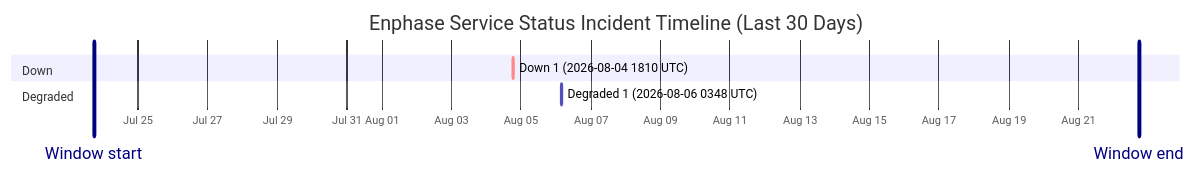
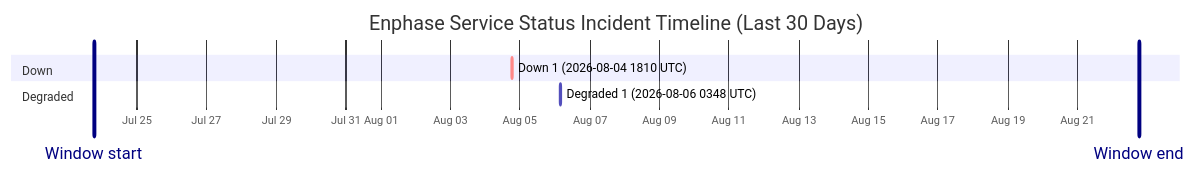
The diagram in wiki/Service-Status-History.md (barneyonline/ha-enphase-energy), drawn with Mermaid before and after one commit. The commit also changed other lines of this file and 3 other files, not shown here.

````diff
--- a/wiki/Service-Status-History.md
+++ b/wiki/Service-Status-History.md
@@ -14,12 +14,12 @@
 ```mermaid
 gantt
     title Enphase Service Status Incident Timeline (Last 30 Days)
     dateFormat  YYYY-MM-DDTHH:mm:ss
     axisFormat  %b %d
-    Window start :vert, window-start, 2026-07-23T17:45:10, 0ms
-    Window end :vert, window-end, 2026-08-22T17:45:10, 0ms
+    Window start :vert, window-start, 2026-07-23T18:27:27, 0ms
+    Window end :vert, window-end, 2026-08-22T18:27:27, 0ms
     section Down
     Down 1 (2026-08-04 1810 UTC) :crit, down-1, 2026-08-04T18:10:46, 60m
     section Degraded
     Degraded 1 (2026-08-06 0348 UTC) :active, degraded-1, 2026-08-06T03:48:14, 60m
 ```
````
